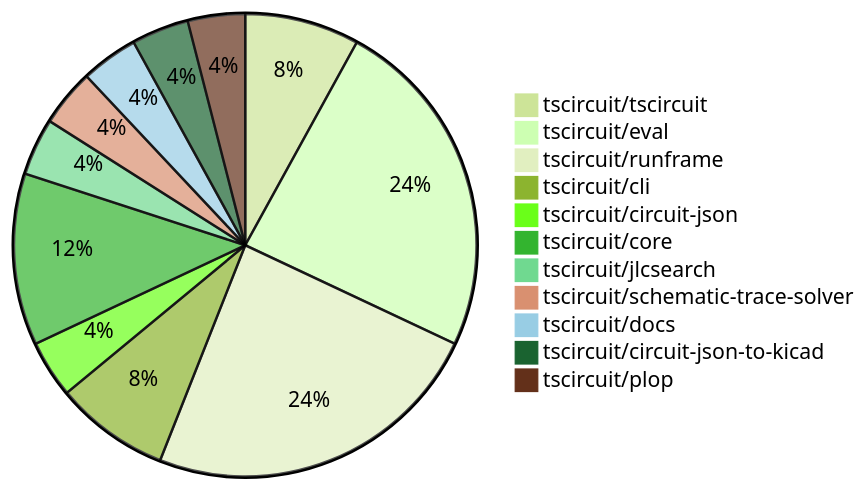
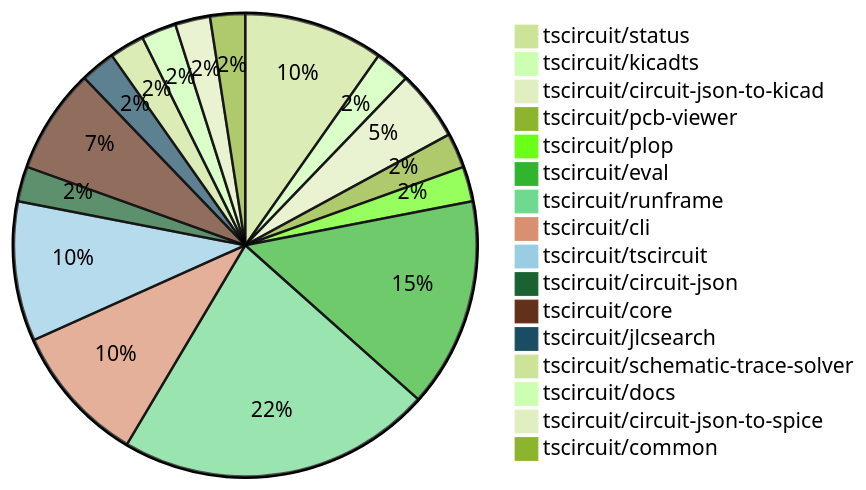
The first of 2 diagrams in contribution-overviews/2025-10-08.md (tscircuit/contribution-tracker), drawn with Mermaid (forest theme) before and after one commit. The commit also changed other lines of this file and 3 other files, not shown here.

````diff
--- a/contribution-overviews/2025-10-08.md
+++ b/contribution-overviews/2025-10-08.md
@@ -5,14 +5,19 @@
 ```mermaid
 pie
-    "tscircuit/tscircuit" : 2
+    "tscircuit/status" : 4
+    "tscircuit/kicadts" : 1
+    "tscircuit/circuit-json-to-kicad" : 2
+    "tscircuit/pcb-viewer" : 1
+    "tscircuit/plop" : 1
     "tscircuit/eval" : 6
-    "tscircuit/runframe" : 6
-    "tscircuit/cli" : 2
+    "tscircuit/runframe" : 9
+    "tscircuit/cli" : 4
+    "tscircuit/tscircuit" : 4
     "tscircuit/circuit-json" : 1
     "tscircuit/core" : 3
     "tscircuit/jlcsearch" : 1
     "tscircuit/schematic-trace-solver" : 1
     "tscircuit/docs" : 1
-    "tscircuit/circuit-json-to-kicad" : 1
-    "tscircuit/plop" : 1
+    "tscircuit/circuit-json-to-spice" : 1
+    "tscircuit/common" : 1
 ```
````
